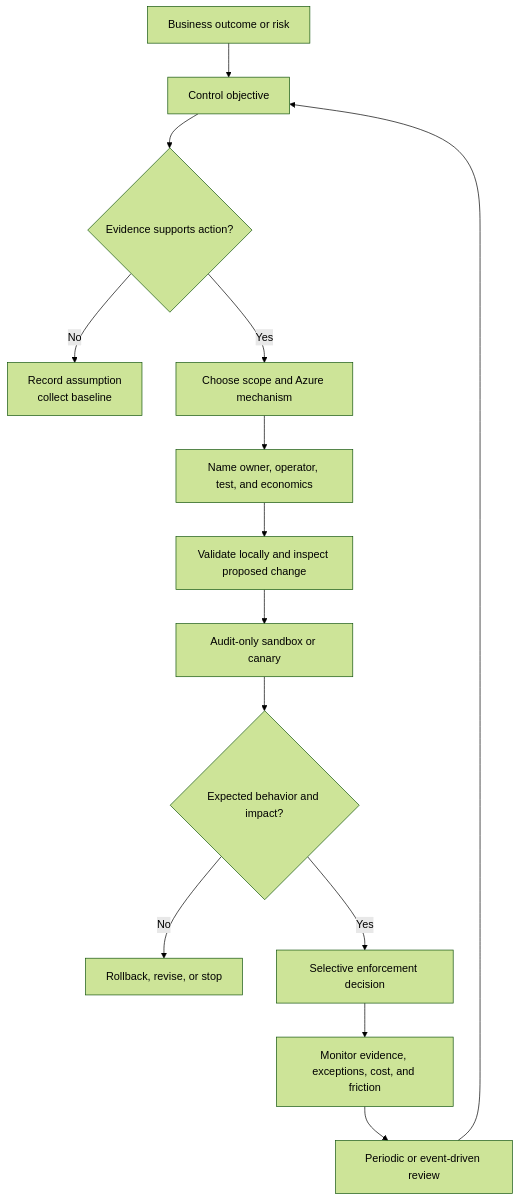
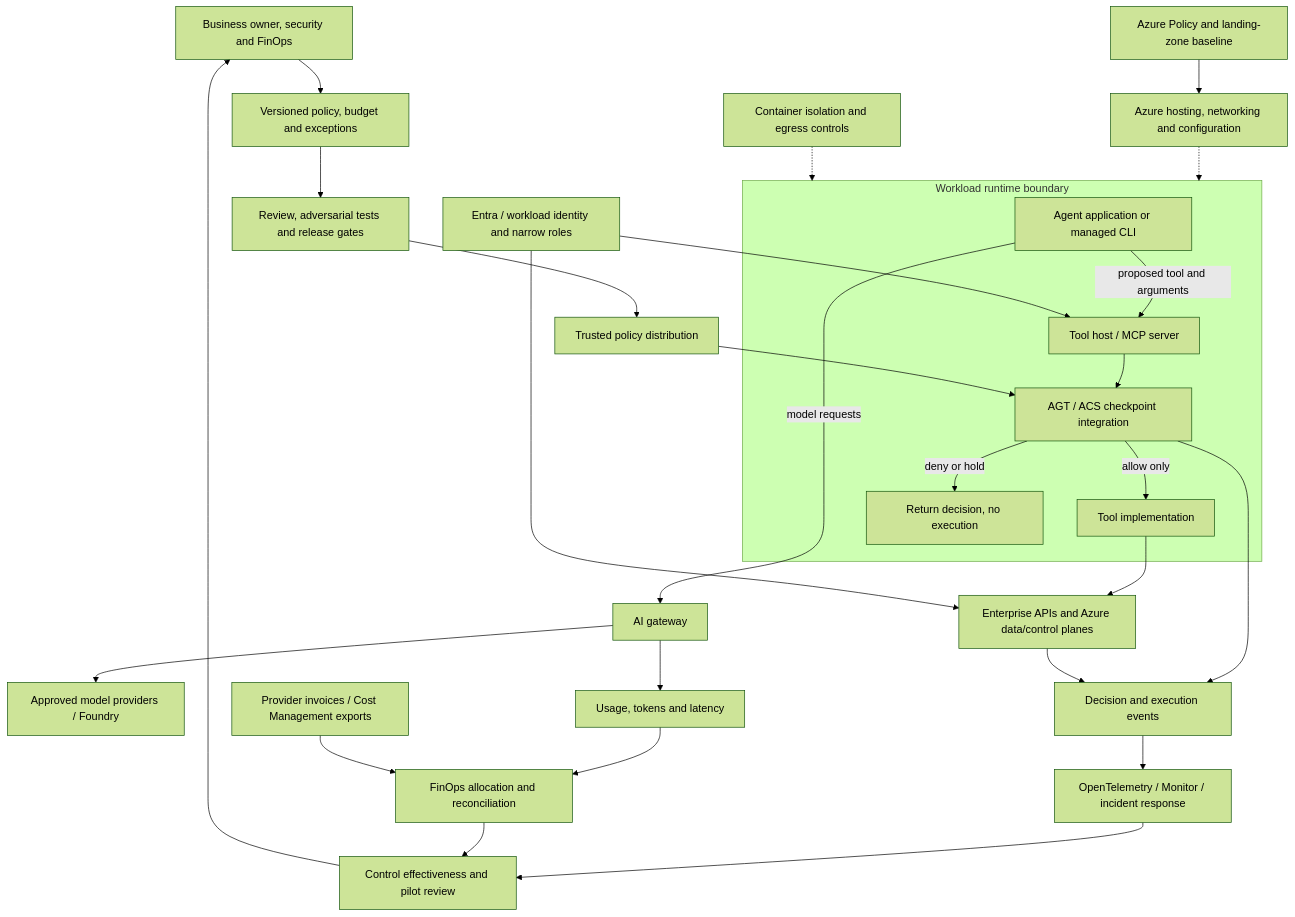
The first of 2 diagrams in docs/architecture.md (shibinantony/agt-architecture-lab), drawn with Mermaid (forest theme) before and after one commit. The commit also changed other lines of this file and 46 other files, not shown here.

Commit message:
Rework as AGT architecture review and runnable governance lab

````diff
--- a/docs/architecture.md
+++ b/docs/architecture.md
@@ -67,16 +9,36 @@
 ```mermaid
-flowchart TD
-    A[Business outcome or risk] --> B[Control objective]
-    B --> C{Evidence supports action?}
-    C -- No --> C1[Record assumption<br/>collect baseline]
-    C -- Yes --> D[Choose scope and Azure mechanism]
-    D --> E[Name owner, operator, test, and economics]
-    E --> F[Validate locally and inspect proposed change]
-    F --> G[Audit-only sandbox or canary]
-    G --> H{Expected behavior and impact?}
-    H -- No --> I[Rollback, revise, or stop]
-    H -- Yes --> J[Selective enforcement decision]
-    J --> K[Monitor evidence, exceptions, cost, and friction]
-    K --> L[Periodic or event-driven review]
-    L --> B
+flowchart TB
+    O[Business owner, security and FinOps] --> P[Versioned policy, budget and exceptions]
+    P --> CI[Review, adversarial tests and release gates]
+    CI --> CP[Trusted policy distribution]
+
+    subgraph Runtime[Workload runtime boundary]
+        A[Agent application or managed CLI]
+        H[Tool host / MCP server]
+        G[AGT / ACS checkpoint integration]
+        T[Tool implementation]
+        A -->|proposed tool and arguments| H
+        H --> G
+        G -->|allow only| T
+        G -->|deny or hold| B[Return decision, no execution]
+    end
+
+    CP --> G
+    A -->|model requests| GW[AI gateway]
+    GW --> M[Approved model providers / Foundry]
+    T --> API[Enterprise APIs and Azure data/control planes]
+    ID[Entra / workload identity and narrow roles] --> H
+    ID --> API
+    AP[Azure Policy and landing-zone baseline] --> AZ[Azure hosting, networking and configuration]
+    AZ -.-> Runtime
+    NW[Container isolation and egress controls] -.-> Runtime
+    G --> EV[Decision and execution events]
+    GW --> US[Usage, tokens and latency]
+    API --> EV
+    EV --> OBS[OpenTelemetry / Monitor / incident response]
+    US --> FIN[FinOps allocation and reconciliation]
+    BILL[Provider invoices / Cost Management exports] --> FIN
+    OBS --> REVIEW[Control effectiveness and pilot review]
+    FIN --> REVIEW
+    REVIEW --> O
 ```
````
